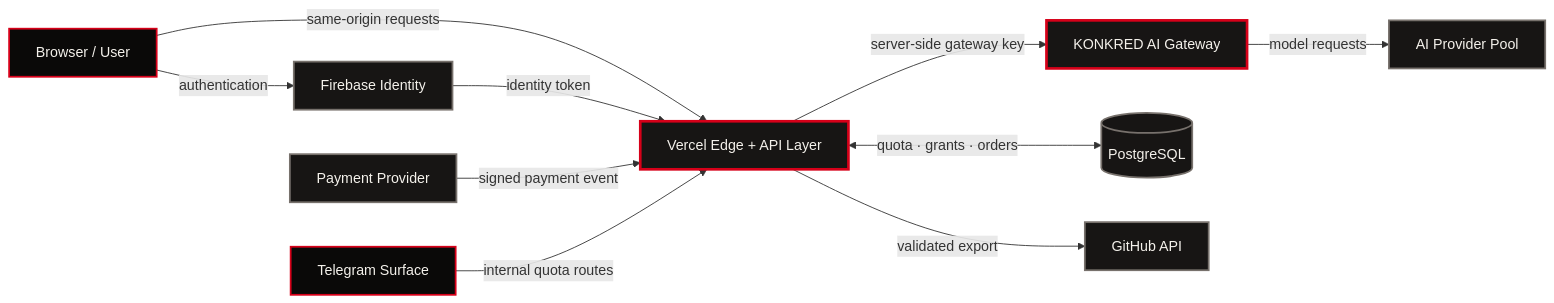
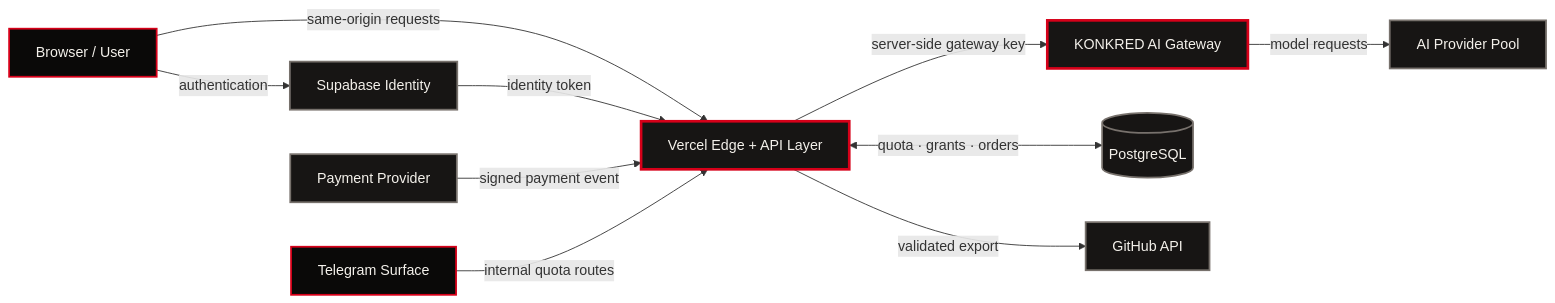
One commit to reARbitRA/konkred_xyz- changed the first of 2 diagrams in README.md. Above: the diagram before and after it, drawn with Mermaid. The commit also changed other lines of this file and 59 other files, not shown here.

Commit message:
Migrate Firebase authentication and persistence to Supabase

````diff
--- a/README.md
+++ b/README.md
@@ -498,33 +498,33 @@
 ```mermaid
 graph LR
     U["Browser / User"]
     V["Vercel Edge + API Layer"]
     G["KONKRED AI Gateway"]
     P[("PostgreSQL")]
-    F["Firebase Identity"]
+    F["Supabase Identity"]
     N["Payment Provider"]
     T["Telegram Surface"]
     AI["AI Provider Pool"]
     GH["GitHub API"]
 
     U -->|"same-origin requests"| V
     U -->|"authentication"| F
     F -->|"identity token"| V
 
     V -->|"server-side gateway key"| G
     G -->|"model requests"| AI
 
     V <-->|"quota · grants · orders"| P
     N -->|"signed payment event"| V
 
     T -->|"internal quota routes"| V
     V -->|"validated export"| GH
 
     classDef edge fill:#0A0908,stroke:#D60019,stroke-width:2px,color:#F4F1EB
     classDef core fill:#171514,stroke:#D60019,stroke-width:3px,color:#F4F1EB
     classDef data fill:#171514,stroke:#77716C,stroke-width:2px,color:#F4F1EB
 
     class U,T edge
     class V,G core
     class P,F,N,AI,GH data
 ```
````
